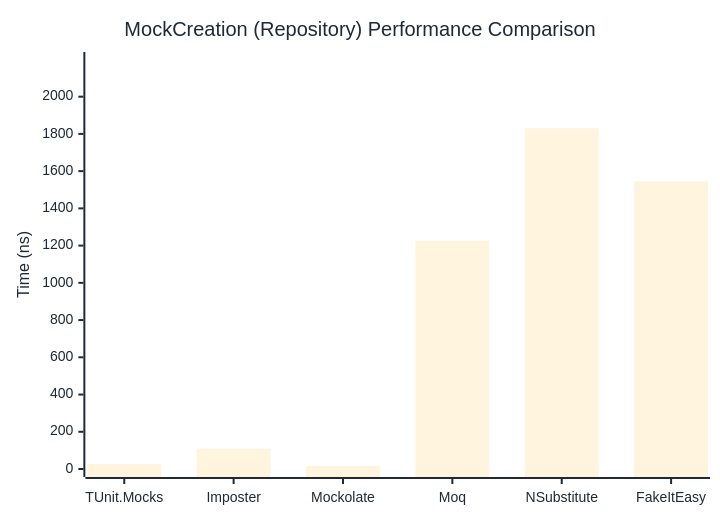
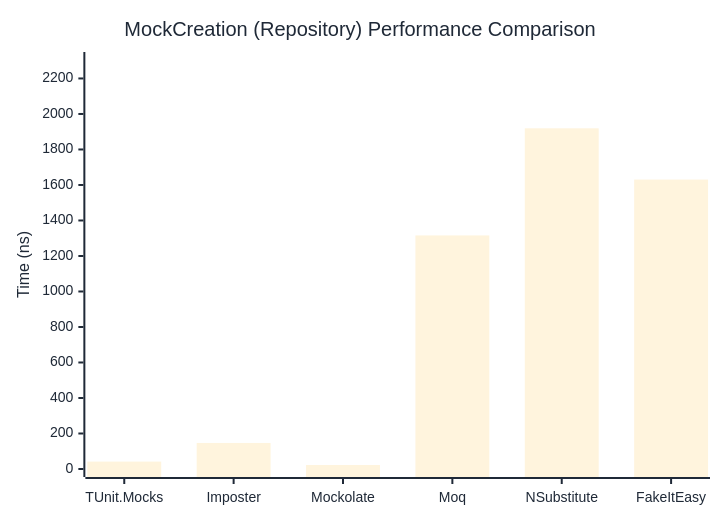
The second of 2 diagrams in docs/docs/benchmarks/mocks/MockCreation.md (thomhurst/TUnit), drawn with Mermaid before and after one commit. The commit also changed other lines of this file and 14 other files, not shown here.

````diff
--- a/docs/docs/benchmarks/mocks/MockCreation.md
+++ b/docs/docs/benchmarks/mocks/MockCreation.md
@@ -71,27 +71,27 @@
 ```mermaid
 %%{init: {
   'theme':'base',
   'themeVariables': {
     'primaryColor': '#2563eb',
     'primaryTextColor': '#1f2937',
     'primaryBorderColor': '#1e40af',
     'lineColor': '#6b7280',
     'secondaryColor': '#7c3aed',
     'tertiaryColor': '#dc2626',
     'background': '#ffffff',
     'pie1': '#2563eb',
     'pie2': '#7c3aed',
     'pie3': '#dc2626',
     'pie4': '#f59e0b',
     'pie5': '#10b981',
     'pie6': '#06b6d4',
     'pie7': '#ec4899',
     'pie8': '#6366f1'
   }
 }}%%
 xychart-beta
   title "MockCreation (Repository) Performance Comparison"
   x-axis ["TUnit.Mocks", "Imposter", "Mockolate", "Moq", "NSubstitute", "FakeItEasy"]
-  y-axis "Time (ns)" 0 --> 2197
-  bar [26.46, 109.07, 15.86, 1225.93, 1830.33, 1545.23]
+  y-axis "Time (ns)" 0 --> 2304
+  bar [41.73, 146.66, 22.51, 1315.77, 1919.23, 1630.54]
 ```
````
